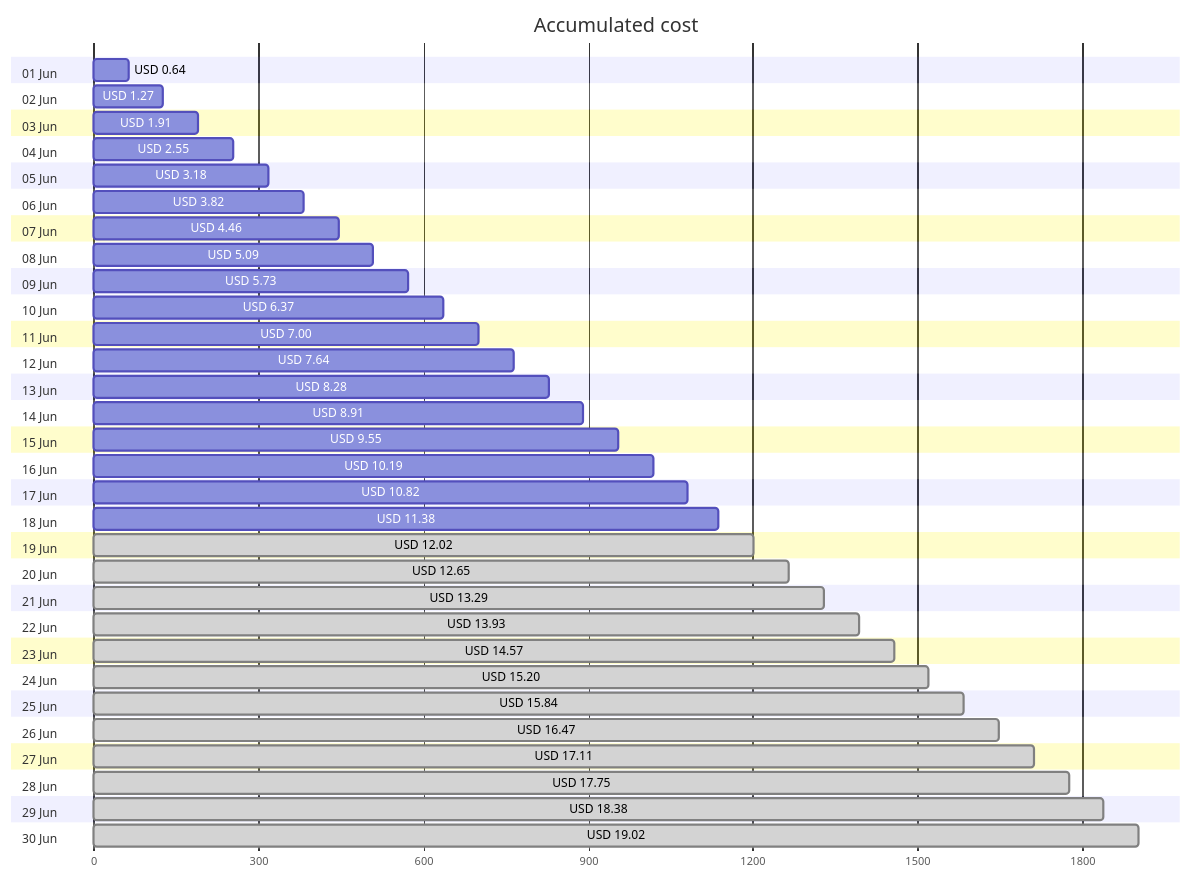
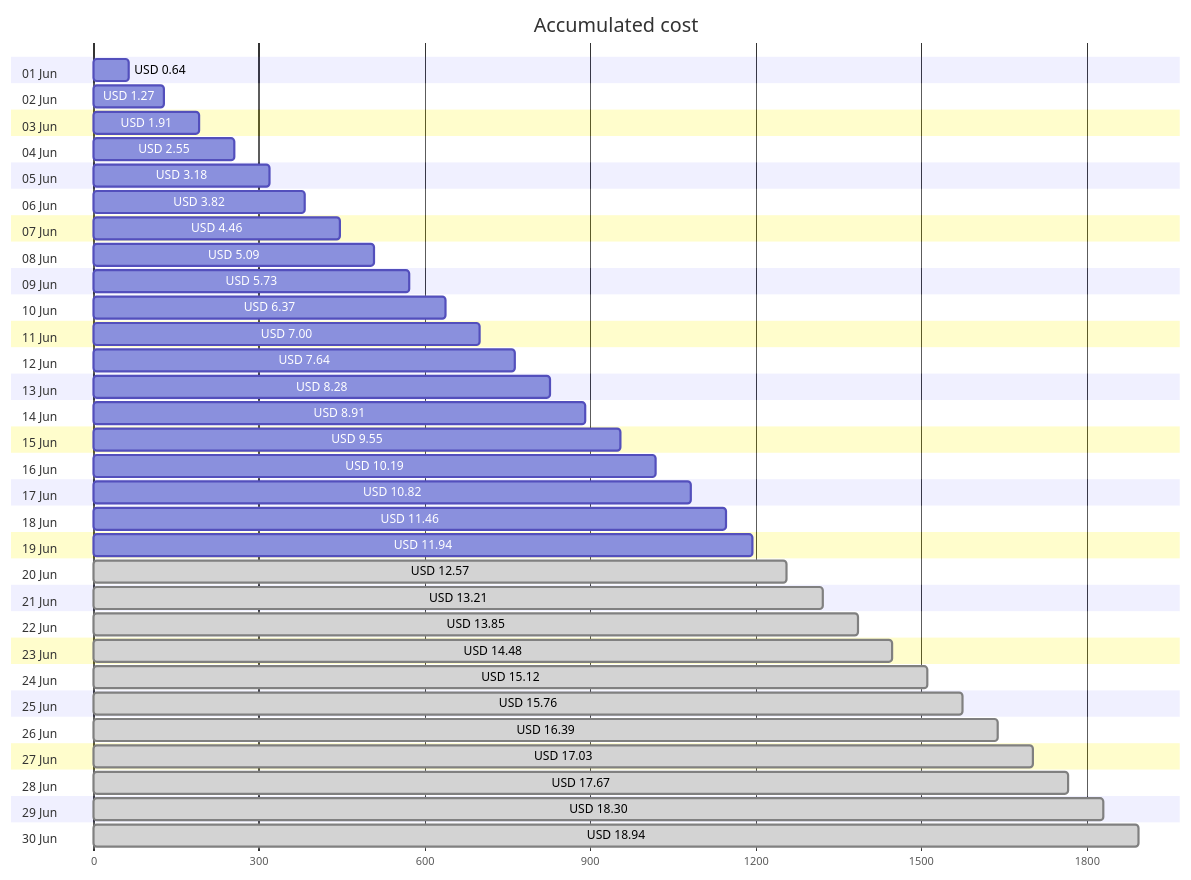
Before and after one commit to jpfulton/azure-personal-reports: the first of 4 diagrams in cost-reports/accumulated-cost.md, drawn with Mermaid. The commit also changed other lines of this file and 4 other files, not shown here.

````diff
--- a/cost-reports/accumulated-cost.md
+++ b/cost-reports/accumulated-cost.md
@@ -20,66 +20,66 @@
 ```mermaid
 gantt
    title Accumulated cost
    dateFormat  X
    axisFormat %s
    section 01 Jun
    USD 0.64 :0, 64
    section 02 Jun
    USD 1.27 :0, 127
    section 03 Jun
    USD 1.91 :0, 191
    section 04 Jun
    USD 2.55 :0, 255
    section 05 Jun
    USD 3.18 :0, 318
    section 06 Jun
    USD 3.82 :0, 382
    section 07 Jun
    USD 4.46 :0, 446
    section 08 Jun
    USD 5.09 :0, 509
    section 09 Jun
    USD 5.73 :0, 573
    section 10 Jun
    USD 6.37 :0, 637
    section 11 Jun
    USD 7.00 :0, 700
    section 12 Jun
    USD 7.64 :0, 764
    section 13 Jun
    USD 8.28 :0, 828
    section 14 Jun
    USD 8.91 :0, 891
    section 15 Jun
    USD 9.55 :0, 955
    section 16 Jun
    USD 10.19 :0, 1019
    section 17 Jun
    USD 10.82 :0, 1082
    section 18 Jun
-   USD 11.38 :0, 1138
+   USD 11.46 :0, 1146
    section 19 Jun
-   USD 12.02 : done, 0, 1202
+   USD 11.94 :0, 1194
    section 20 Jun
-   USD 12.65 : done, 0, 1265
+   USD 12.57 : done, 0, 1257
    section 21 Jun
-   USD 13.29 : done, 0, 1329
+   USD 13.21 : done, 0, 1321
    section 22 Jun
-   USD 13.93 : done, 0, 1393
+   USD 13.85 : done, 0, 1385
    section 23 Jun
-   USD 14.57 : done, 0, 1457
+   USD 14.48 : done, 0, 1448
    section 24 Jun
-   USD 15.20 : done, 0, 1520
+   USD 15.12 : done, 0, 1512
    section 25 Jun
-   USD 15.84 : done, 0, 1584
+   USD 15.76 : done, 0, 1576
    section 26 Jun
-   USD 16.47 : done, 0, 1647
+   USD 16.39 : done, 0, 1639
    section 27 Jun
-   USD 17.11 : done, 0, 1711
+   USD 17.03 : done, 0, 1703
    section 28 Jun
-   USD 17.75 : done, 0, 1775
+   USD 17.67 : done, 0, 1767
    section 29 Jun
-   USD 18.38 : done, 0, 1838
+   USD 18.30 : done, 0, 1830
    section 30 Jun
-   USD 19.02 : done, 0, 1902
+   USD 18.94 : done, 0, 1894
 ```
````
